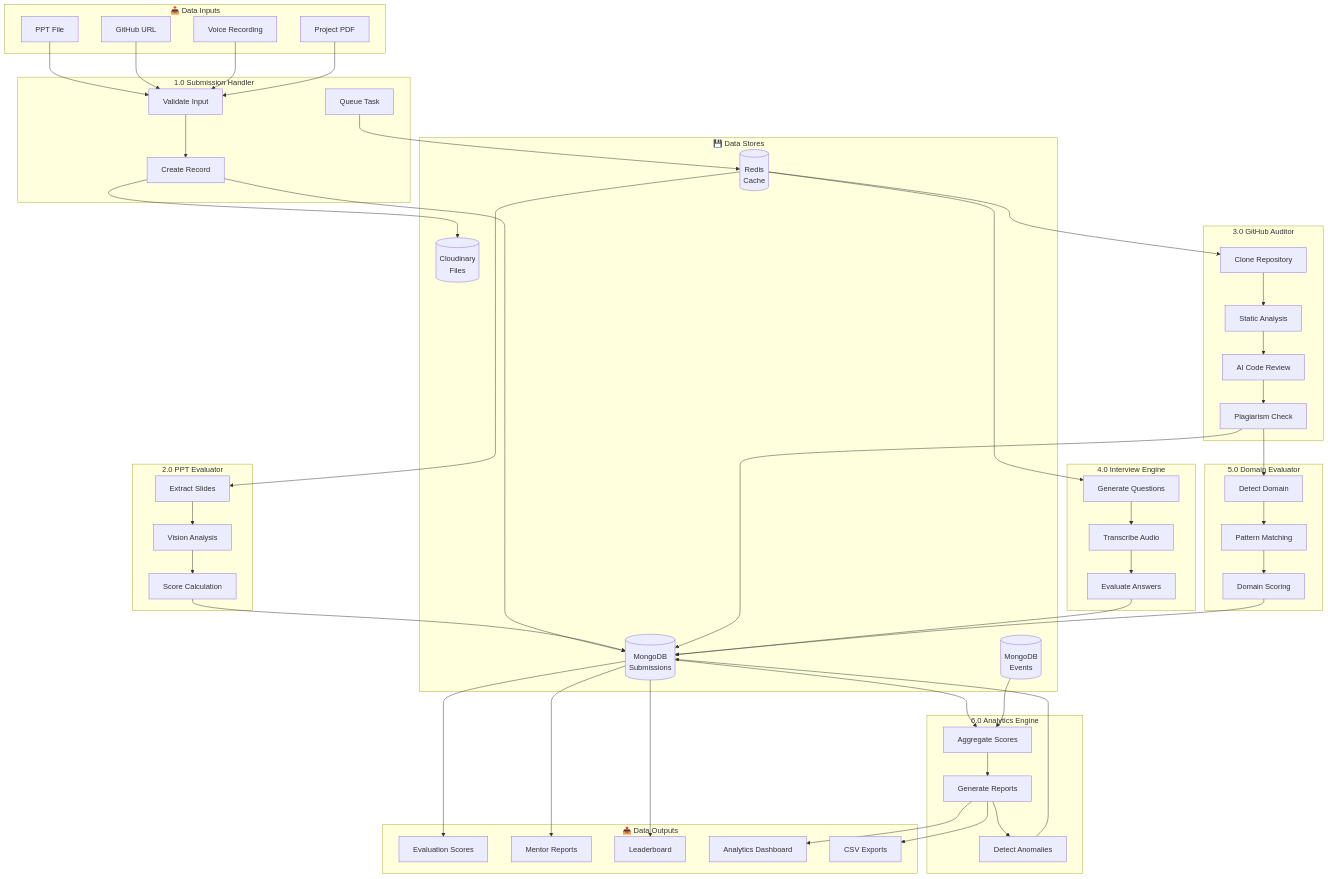
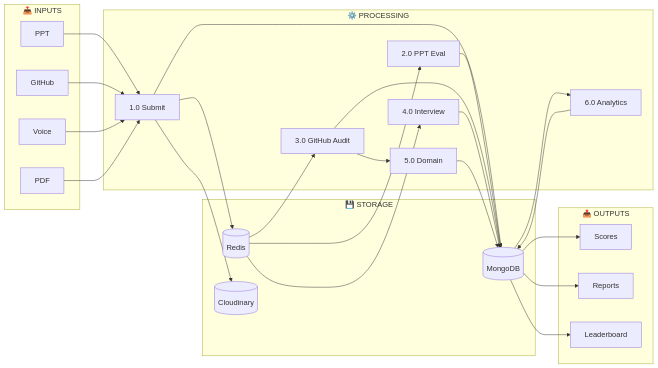
Before and after one commit to NischayJoshi/EvalX: the sixth of 18 diagrams in README.md, drawn with Mermaid. The commit also changed other lines of this file, not shown here.

````diff
--- a/README.md
+++ b/README.md
@@ -266,108 +285,54 @@
 ```mermaid
-flowchart TB
-    subgraph Inputs["📥 Data Inputs"]
-        I1[PPT File]
-        I2[GitHub URL]
-        I3[Voice Recording]
-        I4[Project PDF]
+flowchart LR
+    subgraph INPUT["📥 INPUTS"]
+        I1["PPT"]
+        I2["GitHub"]
+        I3["Voice"]
+        I4["PDF"]
     end
+
+    subgraph PROCESS["⚙️ PROCESSING"]
+        P1["1.0 Submit"]
+        P2["2.0 PPT Eval"]
+        P3["3.0 GitHub Audit"]
+        P4["4.0 Interview"]
+        P5["5.0 Domain"]
+        P6["6.0 Analytics"]
+    end
+
+    subgraph STORE["💾 STORAGE"]
+        DB[("MongoDB")]
+        RD[("Redis")]
+        CD[("Cloudinary")]
+    end
+
+    subgraph OUTPUT["📤 OUTPUTS"]
+        O1["Scores"]
+        O2["Reports"]
+        O3["Leaderboard"]
+    end
+
+    I1 --> P1
+    I2 --> P1
+    I3 --> P1
+    I4 --> P1
+    P1 --> DB
+    P1 --> CD
+    P1 --> RD
     
-    subgraph Process1["1.0 Submission Handler"]
-        P1A[Validate Input]
-        P1B[Create Record]
-        P1C[Queue Task]
-    end
+    RD --> P2
+    RD --> P3
+    RD --> P4
+    P3 --> P5
+    P2 --> DB
+    P3 --> DB
+    P4 --> DB
+    P5 --> DB
     
-    subgraph Process2["2.0 PPT Evaluator"]
-        P2A[Extract Slides]
-        P2B[Vision Analysis]
-        P2C[Score Calculation]
-    end
+    DB --> P6
+    P6 --> DB
     
-    subgraph Process3["3.0 GitHub Auditor"]
-        P3A[Clone Repository]
-        P3B[Static Analysis]
-        P3C[AI Code Review]
-        P3D[Plagiarism Check]
-    end
-    
-    subgraph Process4["4.0 Interview Engine"]
-        P4A[Generate Questions]
-        P4B[Transcribe Audio]
-        P4C[Evaluate Answers]
-    end
-    
-    subgraph Process5["5.0 Domain Evaluator"]
-        P5A[Detect Domain]
-        P5B[Pattern Matching]
-        P5C[Domain Scoring]
-    end
-    
-    subgraph Process6["6.0 Analytics Engine"]
-        P6A[Aggregate Scores]
-        P6B[Generate Reports]
-        P6C[Detect Anomalies]
-    end
-    
-    subgraph DataStores["💾 Data Stores"]
-        D1[(MongoDB\nSubmissions)]
-        D2[(MongoDB\nEvents)]
-        D3[(Redis\nCache)]
-        D4[(Cloudinary\nFiles)]
-    end
-    
-    subgraph Outputs["📤 Data Outputs"]
-        O1[Evaluation Scores]
-        O2[Mentor Reports]
-        O3[Leaderboard]
-        O4[Analytics Dashboard]
-        O5[CSV Exports]
-    end
-    
-    %% Input Flows
-    I1 --> P1A
-    I2 --> P1A
-    I3 --> P1A
-    I4 --> P1A
-    
-    P1A --> P1B
-    P1B --> D1
-    P1B --> D4
-    P1C --> D3
-    
-    %% Processing Flows
-    D3 --> P2A
-    P2A --> P2B
-    P2B --> P2C
-    P2C --> D1
-    
-    D3 --> P3A
-    P3A --> P3B
-    P3B --> P3C
-    P3C --> P3D
-    P3D --> D1
-    
-    D3 --> P4A
-    P4A --> P4B
-    P4B --> P4C
-    P4C --> D1
-    
-    P3D --> P5A
-    P5A --> P5B
-    P5B --> P5C
-    P5C --> D1
-    
-    %% Analytics Flows
-    D1 --> P6A
-    D2 --> P6A
-    P6A --> P6B
-    P6B --> P6C
-    P6C --> D1
-    
-    %% Output Flows
-    D1 --> O1
-    D1 --> O2
-    D1 --> O3
-    P6B --> O4
-    P6B --> O5
+    DB --> O1
+    DB --> O2
+    DB --> O3
 ```
````
